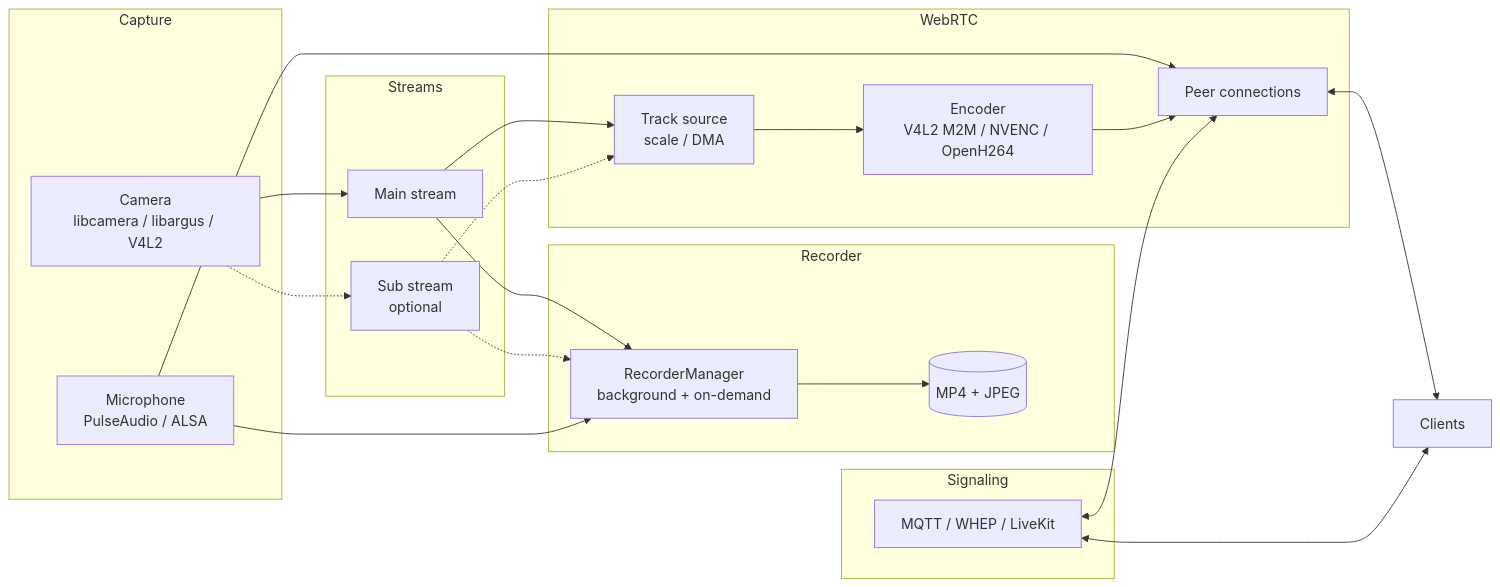
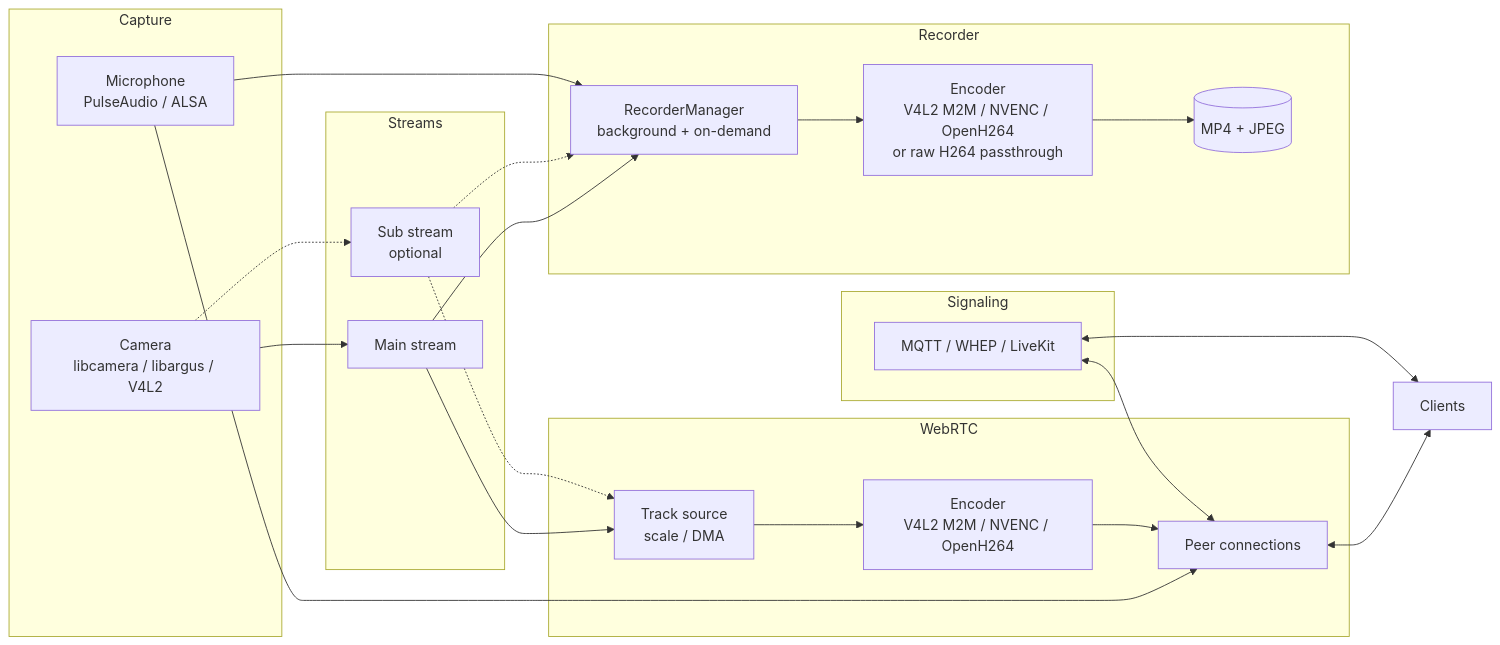
Before and after one commit to TzuHuanTai/RaspberryPi-WebRTC: the diagram in docs/ARCHITECTURE.md, drawn with Mermaid. The commit also changed other lines of this file and 3 other files, not shown here.

````diff
--- a/docs/ARCHITECTURE.md
+++ b/docs/ARCHITECTURE.md
@@ -8,41 +8,42 @@
 ```mermaid
 graph LR
     subgraph Capture
         CAM[Camera<br/>libcamera / libargus / V4L2]
         MIC[Microphone<br/>PulseAudio / ALSA]
     end
 
     subgraph Streams
         MAIN[Main stream]
         SUB[Sub stream<br/>optional]
     end
 
     subgraph WebRTC
         TRACK[Track source<br/>scale / DMA]
         ENC[Encoder<br/>V4L2 M2M / NVENC / OpenH264]
         PEER[Peer connections]
     end
 
     subgraph Recorder
         REC[RecorderManager<br/>background + on-demand]
+        RENC[Encoder<br/>V4L2 M2M / NVENC / OpenH264<br/>or raw H264 passthrough]
         MP4[(MP4 + JPEG)]
     end
 
     subgraph Signaling
         SIG[MQTT / WHEP / LiveKit]
     end
 
     CAM --> MAIN
     CAM -.-> SUB
     MAIN --> TRACK
     SUB -.-> TRACK
     MAIN --> REC
     SUB -.-> REC
     MIC --> PEER
     MIC --> REC
     TRACK --> ENC --> PEER
-    REC --> MP4
+    REC --> RENC --> MP4
     SIG <--> PEER
     PEER <--> CLIENT[Clients]
     SIG <--> CLIENT
 ```
````
